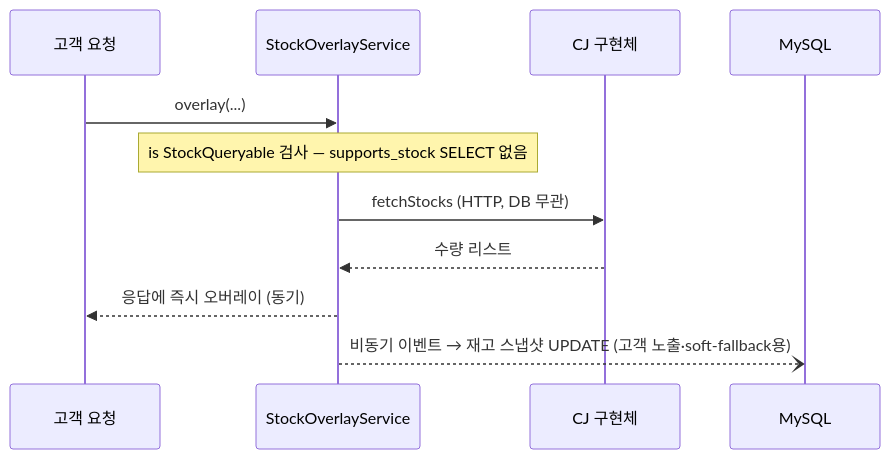
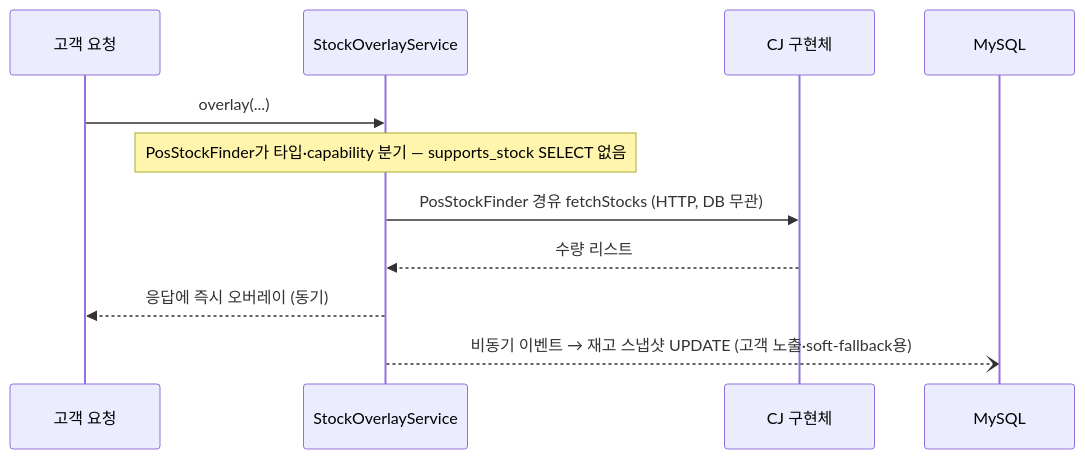
The second of 2 diagrams in docs/06-db-integration.md (BokDoong/direct-connect-pos), drawn with Mermaid before and after one commit. The commit also changed 3 other files, not shown here.

````diff
--- a/docs/06-db-integration.md
+++ b/docs/06-db-integration.md
@@ -144,14 +144,14 @@
 ```mermaid
 sequenceDiagram
     participant C as 고객 요청
     participant SOS as StockOverlayService
     participant P as CJ 구현체
     participant DB as MySQL
 
     C->>SOS: overlay(...)
-    Note over SOS: is StockQueryable 검사 — supports_stock SELECT 없음
-    SOS->>P: fetchStocks (HTTP, DB 무관)
+    Note over SOS: PosStockFinder가 타입·capability 분기 — supports_stock SELECT 없음
+    SOS->>P: PosStockFinder 경유 fetchStocks (HTTP, DB 무관)
     P-->>SOS: 수량 리스트
     SOS-->>C: 응답에 즉시 오버레이 (동기)
     SOS--)DB: 비동기 이벤트 → 재고 스냅샷 UPDATE (고객 노출·soft-fallback용)
 ```
````
